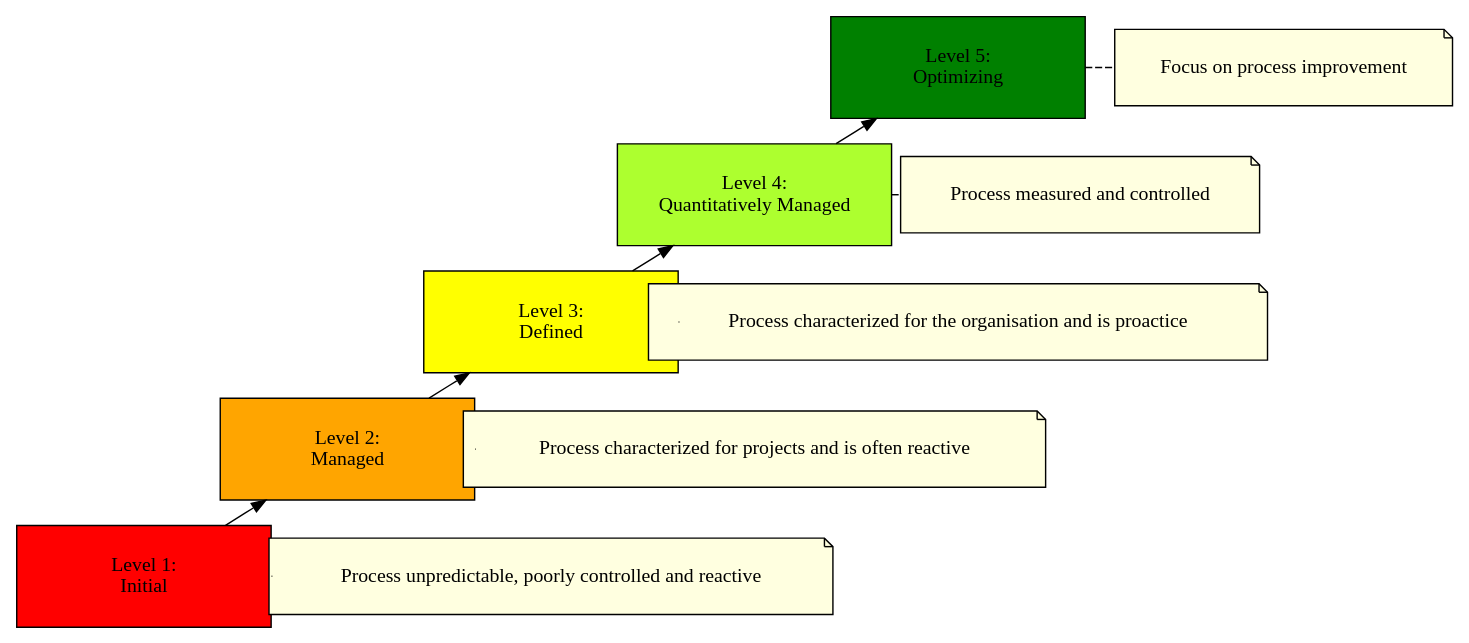
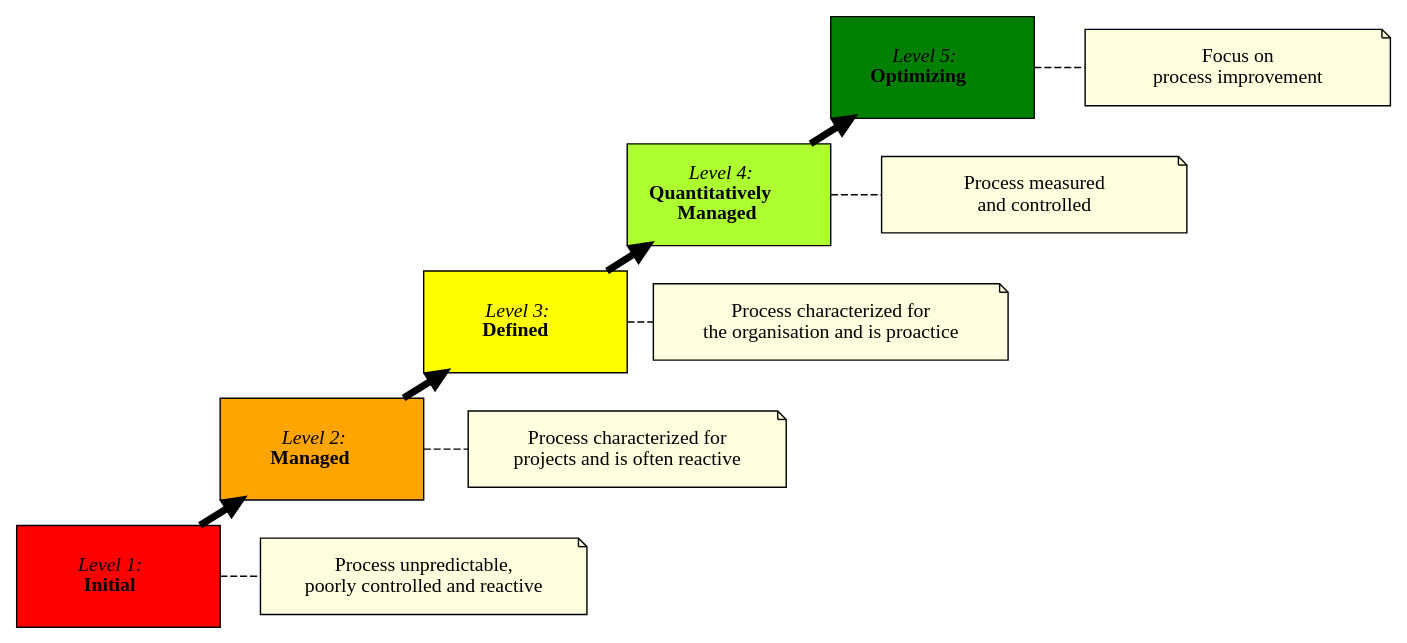
The diagram in docs/development_process/cmmi.dot (plone/plone_best_practices_discussion), drawn with Graphviz before and after one commit.

Commit message:
Diagrams

```diff
--- a/docs/development_process/cmmi.dot
+++ b/docs/development_process/cmmi.dot
@@ -1,42 +1,41 @@
 graph cmmi {
   layout="neato";
   rankdir=BT;
   splines=polyline
 
   node[shape=box
        style=filled
-       width=2.5
        height=1.0
        pin=true
   ];
   edge[splines=polyline]
 
-  l1 [pos="0.0,0.0" label="Level 1:\n Initial" fillcolor=red shape=box width=2.5];
-  l2 [pos="2.0,1.25" label="Level 2:\n Managed"  fillcolor=orange shape=box width=2.5];
-  l3 [pos="4.0,2.50" label="Level 3:\n Defined"  fillcolor=yellow shape=box width=2.5];
-  l4 [pos="6.0,3.75" label="Level 4:\n Quantitatively Managed"  fillcolor=greenyellow shape=box width=2.5];
-  l5 [pos="8.0,5.00" label="Level 5:\n Optimizing"  fillcolor=green shape=box width=2.5];
+  l1 [pos="0.00,0.00" label=<<I>Level 1:</I><BR/><B>Initial</B>> fillcolor=red shape=box width=2];
+  l2 [pos="2.00,1.25" label=<<I>Level 2:</I><BR/><B>Managed</B>>  fillcolor=orange shape=box width=2];
+  l3 [pos="4.00,2.50" label=<<I>Level 3:</I><BR/><B>Defined</B>>  fillcolor=yellow shape=box width=2];
+  l4 [pos="6.00,3.75" label=<<I>Level 4:</I><BR/><B>Quantitatively<BR/>Managed</B>>  fillcolor=greenyellow shape=box width=2];
+  l5 [pos="8.00,5.00" label=<<I>Level 5:</I><BR/><B>Optimizing</B>>  fillcolor=green shape=box width=2];
 
-  l1c [pos="4.0,0.0" label="Process unpredictable, poorly controlled and reactive" shape=note  fillcolor=lightyellow width=3 height=0.75];
-  l2c [pos="6.0,1.25" label="Process characterized for projects and is often reactive" shape=note  fillcolor=lightyellow width=3 height=0.75];
-  l3c [pos="8.0,2.50" label="Process characterized for the organisation and is proactice" shape=note  fillcolor=lightyellow width=3 height=0.75];
-  l4c [pos="9.2,3.75" label="Process measured and controlled" shape=note  fillcolor=lightyellow width=3 height=0.75];
-  l5c [pos="11.2,5.00" label="Focus on process improvement" shape=note  fillcolor=lightyellow width=3 height=0.75];
+  l1c [pos="03.00,0.00" label="Process unpredictable,\npoorly controlled and reactive" shape=note  fillcolor=lightyellow width=3 height=0.75];
+  l2c [pos="05.00,1.25" label="Process characterized for\nprojects and is often reactive" shape=note  fillcolor=lightyellow width=3 height=0.75];
+  l3c [pos="07.00,2.50" label="Process characterized for\nthe organisation and is proactice" shape=note  fillcolor=lightyellow width=3 height=0.75];
+  l4c [pos="09.00,3.75" label="Process measured\nand controlled" shape=note  fillcolor=lightyellow width=3 height=0.75];
+  l5c [pos="11.00,5.00" label="Focus on\nprocess improvement" shape=note  fillcolor=lightyellow width=3 height=0.75];
 
-  l1 -- l2 [dir=forward];
-  l2 -- l3 [dir=forward];
-  l3 -- l4 [dir=forward];
-  l4 -- l5 [dir=forward];
+  l1 -- l2 [dir=forward penwidth=5];
+  l2 -- l3 [dir=forward penwidth=5];
+  l3 -- l4 [dir=forward penwidth=5];
+  l4 -- l5 [dir=forward penwidth=5];
 
   l1 -- l1c [style=dashed];
   l2 -- l2c [style=dashed];
   l3 -- l3c [style=dashed];
   l4 -- l4c [style=dashed];
   l5 -- l5c [style=dashed];
 
   {rank = same; l1; l1c;}
   {rank = same; l2; l2c;}
   {rank = same; l3; l3c;}
   {rank = same; l4; l4c;}
   {rank = same; l5; l5c;}
 }
```
